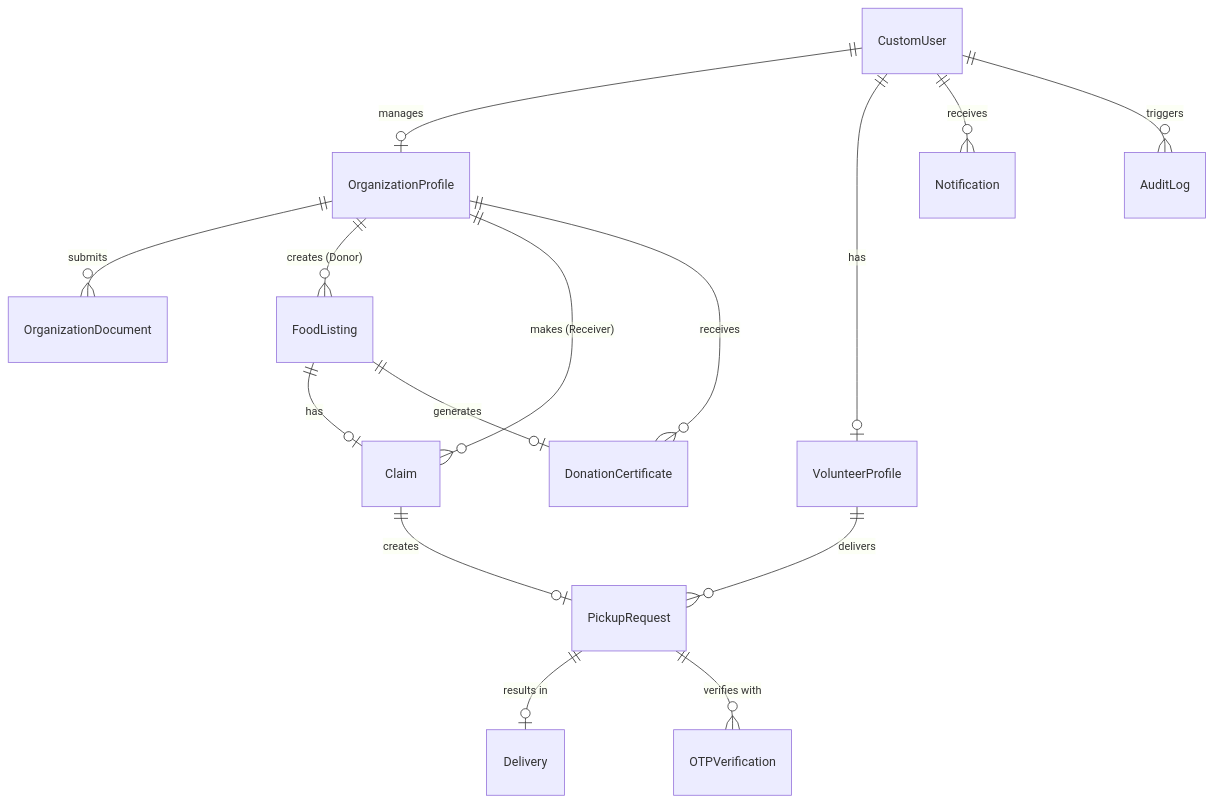
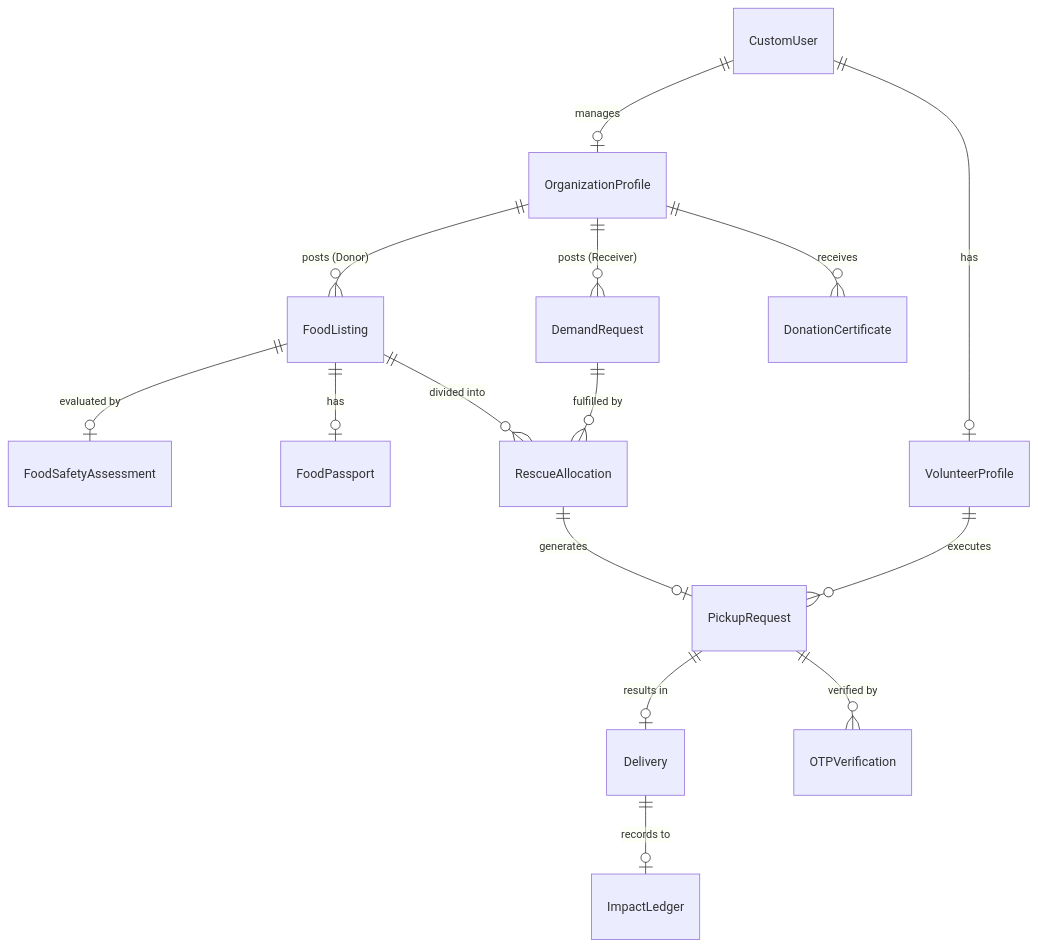
Before and after one commit to pewdiepie4259/SANJOG: the diagram in 05_SANJOG_Database_Design.md, drawn with Mermaid. The commit also changed other lines of this file and 8 other files, not shown here.

Commit message:
docs: update SANJOG Food Rescue OS architecture, PRD, SRS, UI/UX, database design, test plan, and development pipeline

````diff
--- a/05_SANJOG_Database_Design.md
+++ b/05_SANJOG_Database_Design.md
@@ -13,22 +13,24 @@
 ```mermaid
 erDiagram
     CustomUser ||--o| OrganizationProfile : "manages"
     CustomUser ||--o| VolunteerProfile : "has"
-    CustomUser ||--o{ Notification : "receives"
-    CustomUser ||--o{ AuditLog : "triggers"
     
-    OrganizationProfile ||--o{ OrganizationDocument : "submits"
-    OrganizationProfile ||--o{ FoodListing : "creates (Donor)"
-    OrganizationProfile ||--o{ Claim : "makes (Receiver)"
+    OrganizationProfile ||--o{ FoodListing : "posts (Donor)"
+    OrganizationProfile ||--o{ DemandRequest : "posts (Receiver)"
     OrganizationProfile ||--o{ DonationCertificate : "receives"
-    
-    FoodListing ||--o| Claim : "has"
-    FoodListing ||--o| DonationCertificate : "generates"
-    
-    Claim ||--o| PickupRequest : "creates"
+
+    FoodListing ||--o| FoodSafetyAssessment : "evaluated by"
+    FoodListing ||--o| FoodPassport : "has"
+    FoodListing ||--o{ RescueAllocation : "divided into"
+
+    DemandRequest ||--o{ RescueAllocation : "fulfilled by"
+
+    RescueAllocation ||--o| PickupRequest : "generates"
     
     PickupRequest ||--o| Delivery : "results in"
-    PickupRequest ||--o{ OTPVerification : "verifies with"
+    PickupRequest ||--o{ OTPVerification : "verified by"
     
-    VolunteerProfile ||--o{ PickupRequest : "delivers"
+    VolunteerProfile ||--o{ PickupRequest : "executes"
+    
+    Delivery ||--o| ImpactLedger : "records to"
 ```
````
